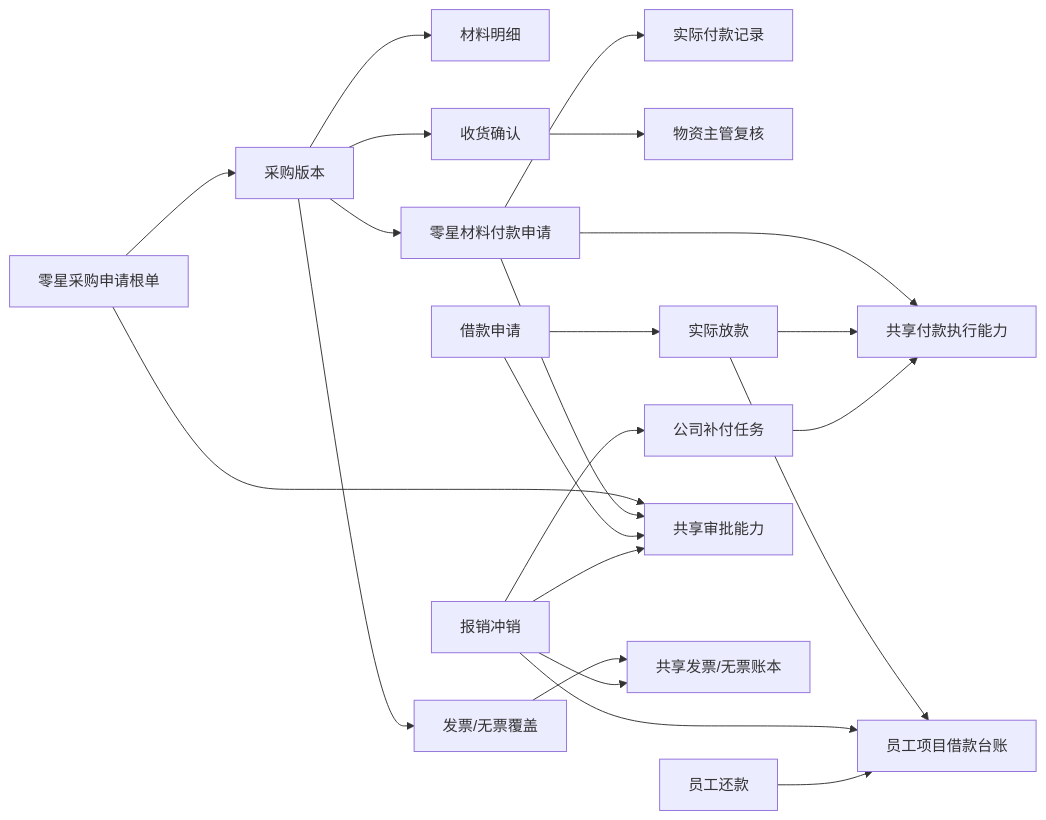
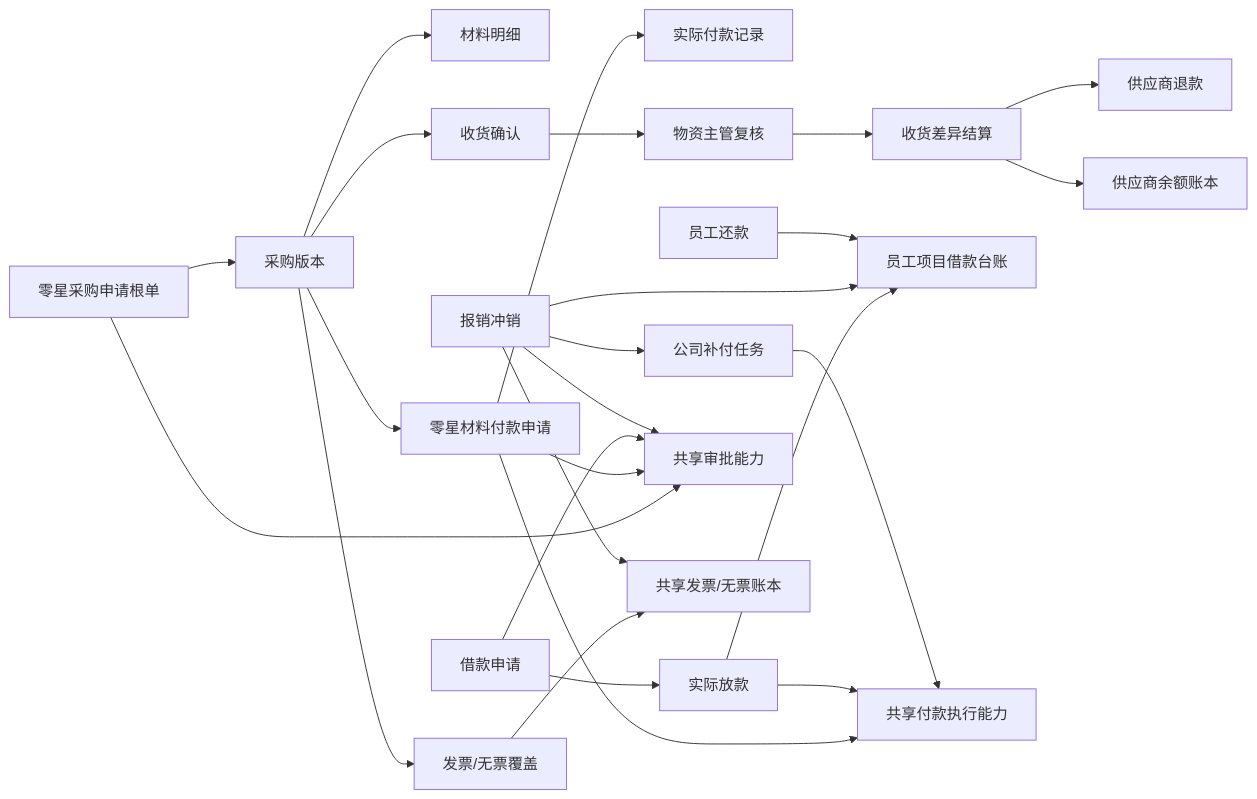
One commit to 1131096740/intelligent-construction-management changed the diagram in docs/superpowers/specs/2026-07-16-spot-procurement-expense-reimbursement-design.md. Above: the diagram before and after it, drawn with Mermaid. The commit also changed other lines of this file and 1 other file, not shown here.

````diff
--- a/docs/superpowers/specs/2026-07-16-spot-procurement-expense-reimbursement-design.md
+++ b/docs/superpowers/specs/2026-07-16-spot-procurement-expense-reimbursement-design.md
@@ -104,26 +105,29 @@
 ```mermaid
 flowchart LR
     PA["零星采购申请根单"] --> PV["采购版本"]
     PV --> PL["材料明细"]
     PV --> PP["零星材料付款申请"]
     PP --> PE["实际付款记录"]
     PV --> RC["收货确认"]
     RC --> RR["物资主管复核"]
+    RR --> DS["收货差异结算"]
+    DS --> RF["供应商退款"]
+    DS --> SB["供应商余额账本"]
     PV --> IA["发票/无票覆盖"]
 
     LRQ["借款申请"] --> LD["实际放款"]
     LD --> LL["员工项目借款台账"]
     ER["报销冲销"] --> LL
     RP["员工还款"] --> LL
     ER --> TP["公司补付任务"]
 
     PP --> PAY["共享付款执行能力"]
     LD --> PAY
     TP --> PAY
     PA --> AP["共享审批能力"]
     PP --> AP
     LRQ --> AP
     ER --> AP
     IA --> INV["共享发票/无票账本"]
     ER --> INV
 ```
````
